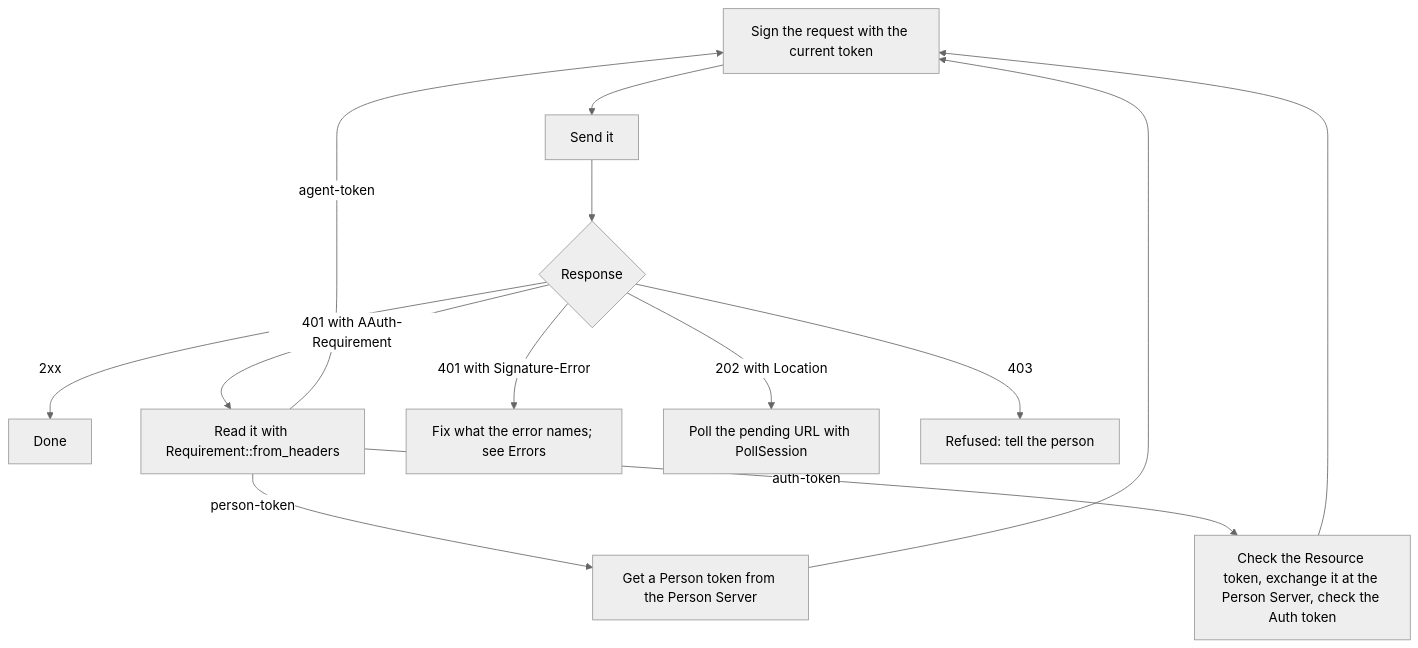
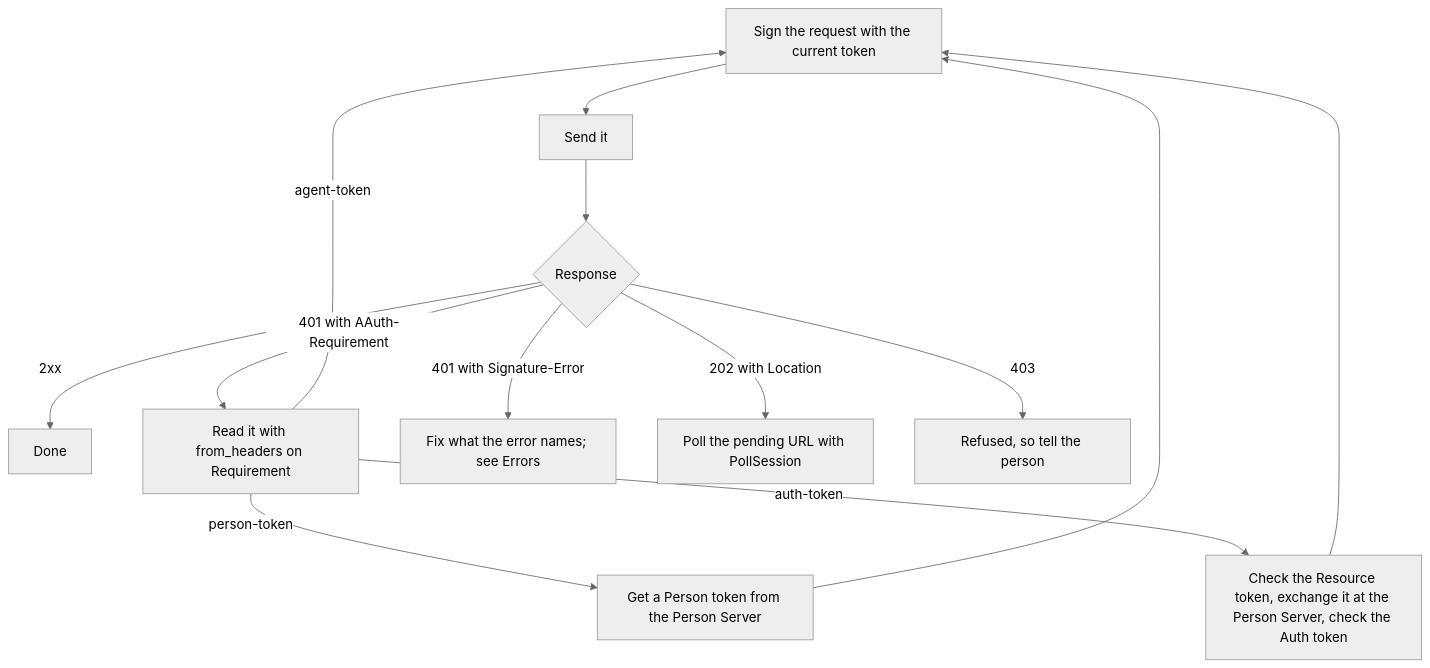
One commit to sidecat-dev/aauth-rust changed the diagram in docs/roles/agent.md. Above: the diagram before and after it, drawn with Mermaid (neutral theme). The commit also changed 14 other files, not shown here.

First line of the commit message:
docs: make every mermaid diagram render on GitLab

````diff
--- a/docs/roles/agent.md
+++ b/docs/roles/agent.md
@@ -17,13 +17,13 @@
 ```mermaid
 flowchart TD
     A[Sign the request with the current token] --> B[Send it]
     B --> C{Response}
     C -->|2xx| D[Done]
-    C -->|401 with AAuth-Requirement| E[Read it with Requirement::from_headers]
+    C -->|401 with AAuth-Requirement| E[Read it with from_headers on Requirement]
     E -->|agent-token| A
     E -->|person-token| F[Get a Person token from the Person Server] --> A
     E -->|auth-token| G[Check the Resource token, exchange it at the Person Server, check the Auth token] --> A
     C -->|401 with Signature-Error| H[Fix what the error names; see Errors]
     C -->|202 with Location| I[Poll the pending URL with PollSession]
-    C -->|403| J[Refused: tell the person]
+    C -->|403| J[Refused, so tell the person]
 ```
````
